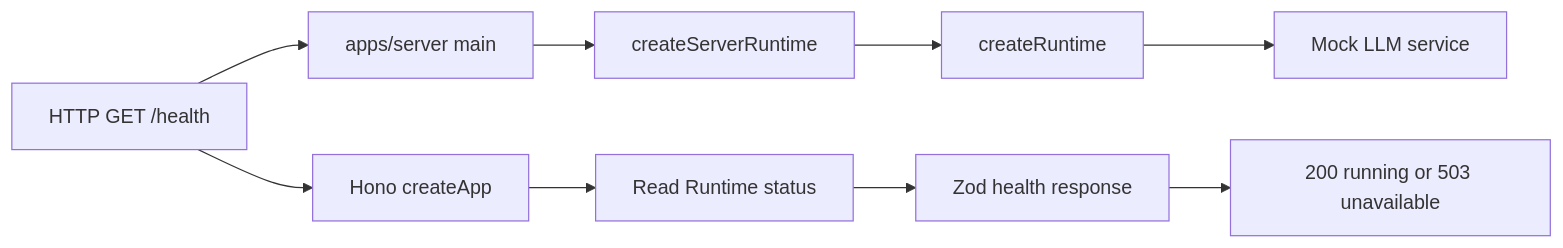
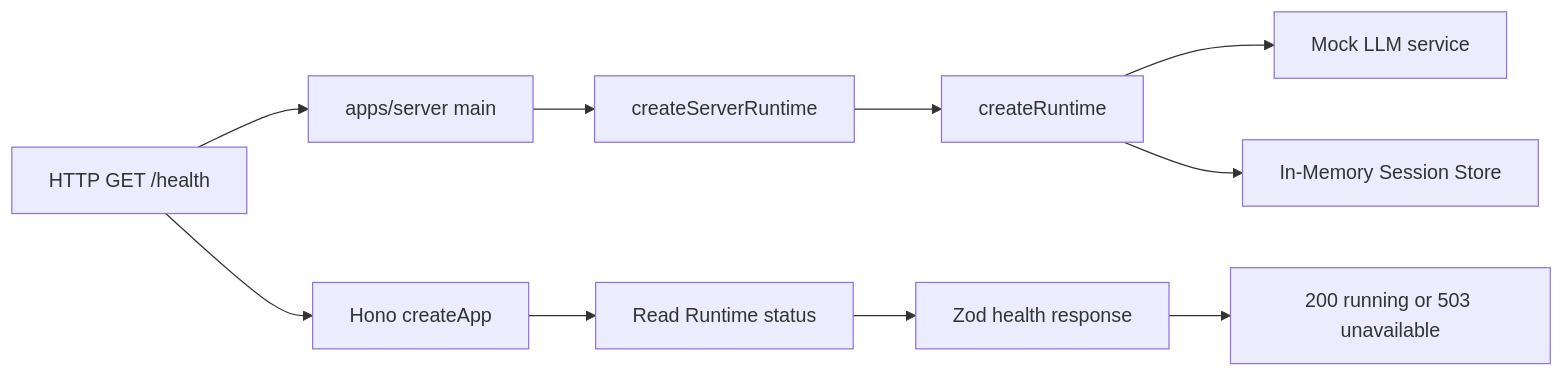
The diagram in docs/architecture/foundation.md (GitHubxxx17/Weave), drawn with Mermaid before and after one commit. The commit also changed other lines of this file and 11 other files, not shown here.

````diff
--- a/docs/architecture/foundation.md
+++ b/docs/architecture/foundation.md
@@ -11,11 +11,12 @@
 ```mermaid
 flowchart LR
     A[HTTP GET /health] --> B[apps/server main]
     B --> C[createServerRuntime]
     C --> D[createRuntime]
     D --> E[Mock LLM service]
-    A --> F[Hono createApp]
-    F --> G[Read Runtime status]
-    G --> H[Zod health response]
-    H --> I[200 running or 503 unavailable]
+    D --> F[In-Memory Session Store]
+    A --> G[Hono createApp]
+    G --> H[Read Runtime status]
+    H --> I[Zod health response]
+    I --> J[200 running or 503 unavailable]
 ```
````
